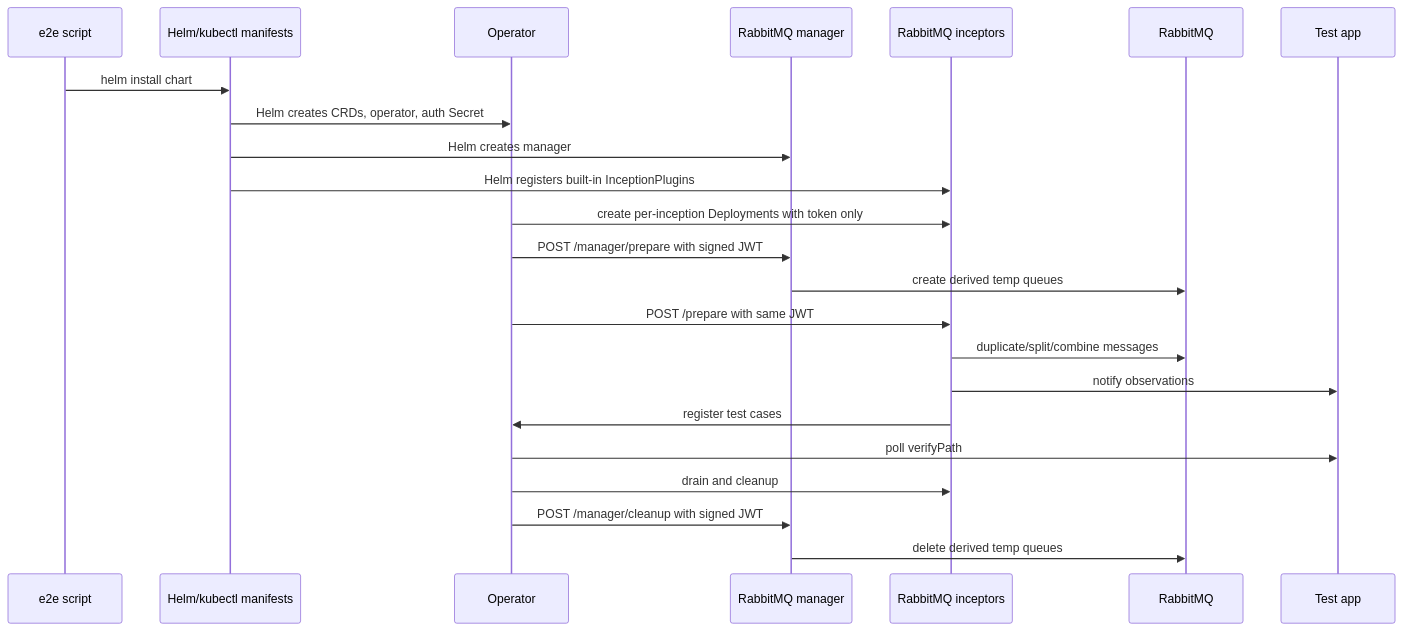
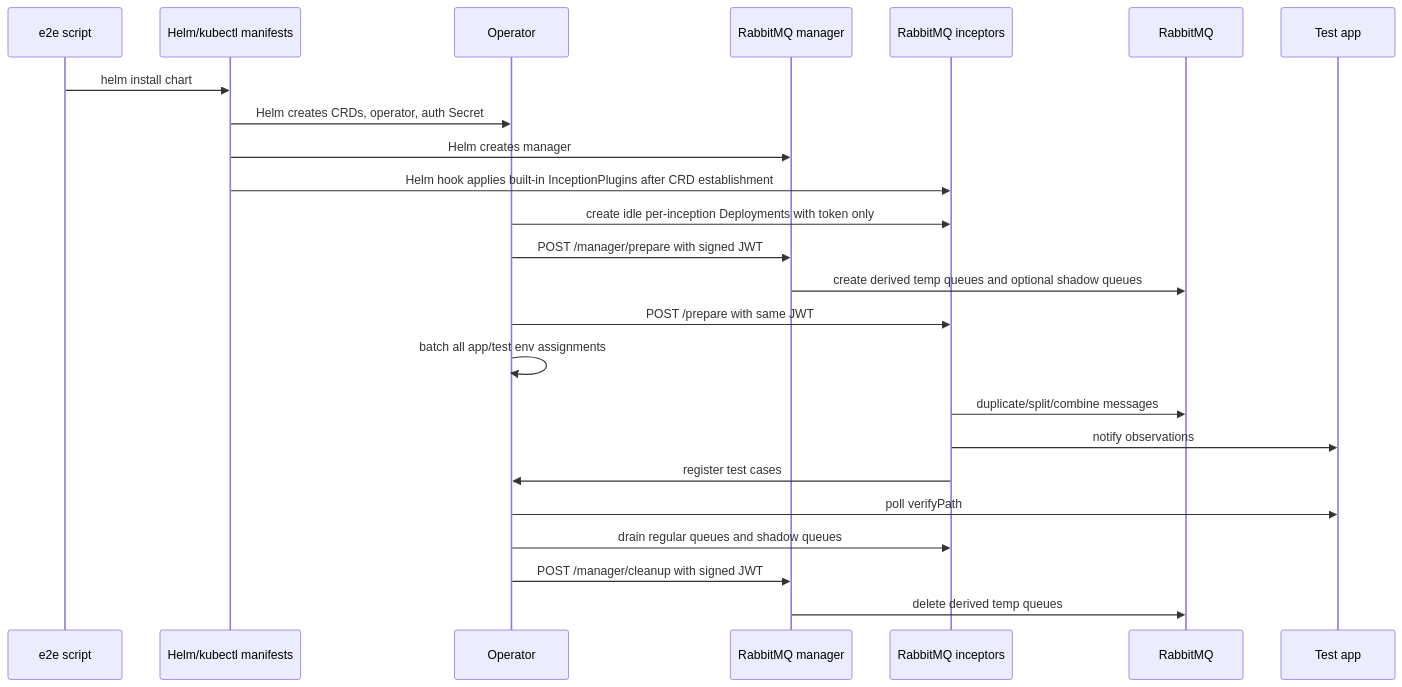
One commit to dlahmad/fluidbgoperator changed the third of 3 diagrams in docs/testing/e2e.md. Above: the diagram before and after it, drawn with Mermaid. The commit also changed other lines of this file and 61 other files, not shown here.

````diff
--- a/docs/testing/e2e.md
+++ b/docs/testing/e2e.md
@@ -104,26 +108,27 @@
 ```mermaid
 sequenceDiagram
     participant E as e2e script
     participant H as Helm/kubectl manifests
     participant O as Operator
     participant M as RabbitMQ manager
     participant I as RabbitMQ inceptors
     participant R as RabbitMQ
     participant T as Test app
 
     E->>H: helm install chart
     H->>O: Helm creates CRDs, operator, auth Secret
     H->>M: Helm creates manager
-    H->>I: Helm registers built-in InceptionPlugins
-    O->>I: create per-inception Deployments with token only
+    H->>I: Helm hook applies built-in InceptionPlugins after CRD establishment
+    O->>I: create idle per-inception Deployments with token only
     O->>M: POST /manager/prepare with signed JWT
-    M->>R: create derived temp queues
+    M->>R: create derived temp queues and optional shadow queues
     O->>I: POST /prepare with same JWT
+    O->>O: batch all app/test env assignments
     I->>R: duplicate/split/combine messages
     I->>T: notify observations
     I->>O: register test cases
     O->>T: poll verifyPath
-    O->>I: drain and cleanup
+    O->>I: drain regular queues and shadow queues
     O->>M: POST /manager/cleanup with signed JWT
     M->>R: delete derived temp queues
 ```
````
